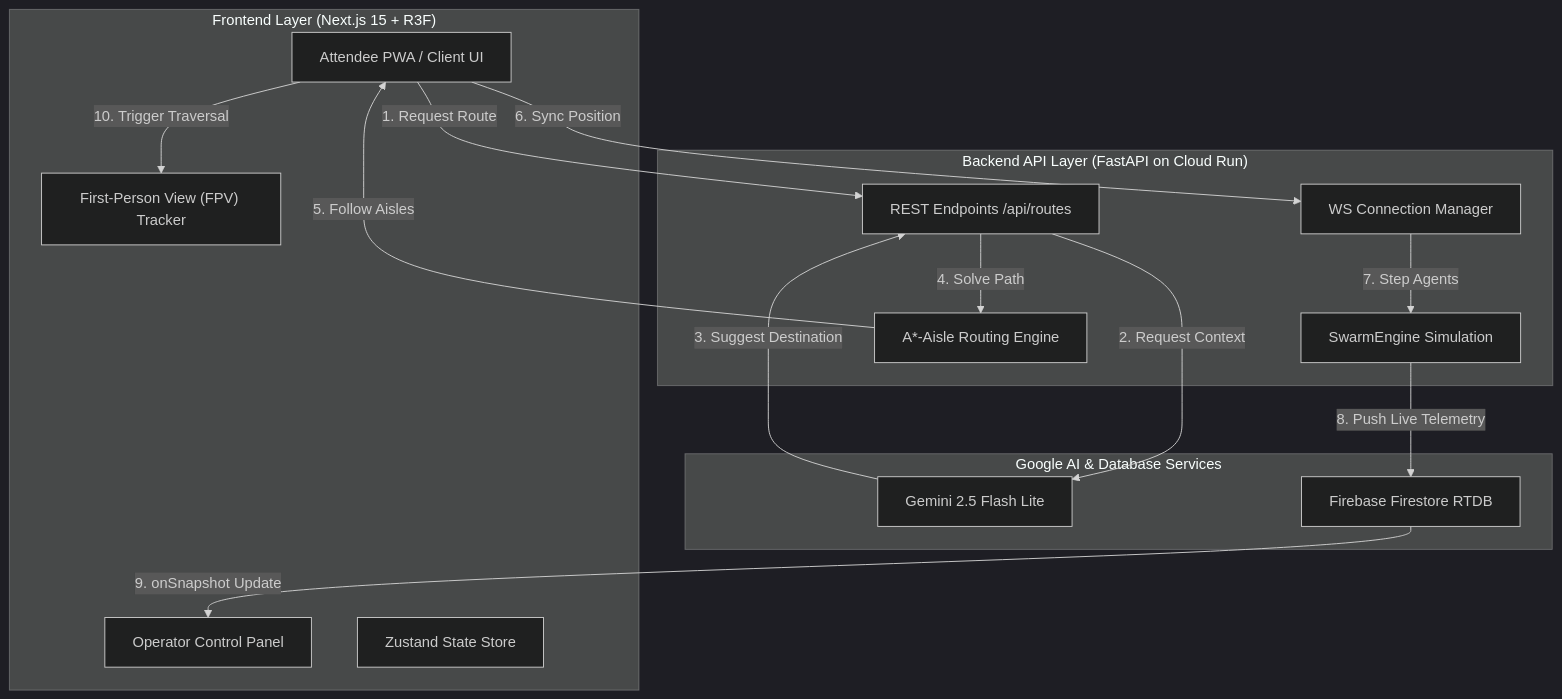
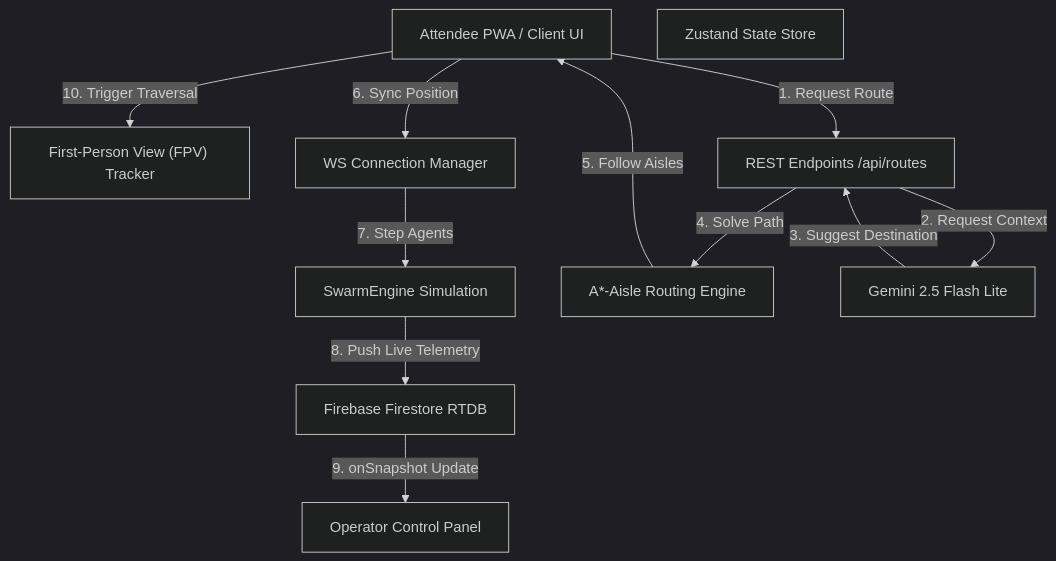
Before and after one commit to Varshith10121901/Stadium-Controler: the first of 3 diagrams in README.md, drawn with Mermaid (dark theme). The commit also changed other lines of this file, not shown here.

Commit message:
docs: remove Mermaid subgraphs and sequence rect boxes to remove gray backgrounds

````diff
--- a/README.md
+++ b/README.md
@@ -15,33 +15,24 @@
 ```mermaid
 graph TB
-    subgraph "Frontend Layer (Next.js 15 + R3F)"
-        Client["Attendee PWA / Client UI"]
-        FPV["First-Person View (FPV) Tracker"]
-        Dashboard["Operator Control Panel"]
-        Store["Zustand State Store"]
-    end
+    Client["Attendee PWA / Client UI"]
+    FPV["First-Person View (FPV) Tracker"]
+    Dashboard["Operator Control Panel"]
+    Store["Zustand State Store"]
+    API["REST Endpoints /api/routes"]
+    WS["WS Connection Manager"]
+    Engine["SwarmEngine Simulation"]
+    Pathfinder["A*-Aisle Routing Engine"]
+    Gemini["Gemini 2.5 Flash Lite"]
+    Firestore["Firebase Firestore RTDB"]
 
-    subgraph "Backend API Layer (FastAPI on Cloud Run)"
-        API["REST Endpoints /api/routes"]
-        WS["WS Connection Manager"]
-        Engine["SwarmEngine Simulation"]
-        Pathfinder["A*-Aisle Routing Engine"]
-    end
-
-    subgraph "Google AI & Database Services"
-        Gemini["Gemini 2.5 Flash Lite"]
-        Firestore["Firebase Firestore RTDB"]
-    end
-
-    %% Flow connections
     Client -->|1. Request Route| API
     API -->|2. Request Context| Gemini
     Gemini -->|3. Suggest Destination| API
     API -->|4. Solve Path| Pathfinder
     Pathfinder -->|5. Follow Aisles| Client
     Client -->|6. Sync Position| WS
     WS -->|7. Step Agents| Engine
     Engine -->|8. Push Live Telemetry| Firestore
     Firestore -->|9. onSnapshot Update| Dashboard
     Client -->|10. Trigger Traversal| FPV
 ```
````
